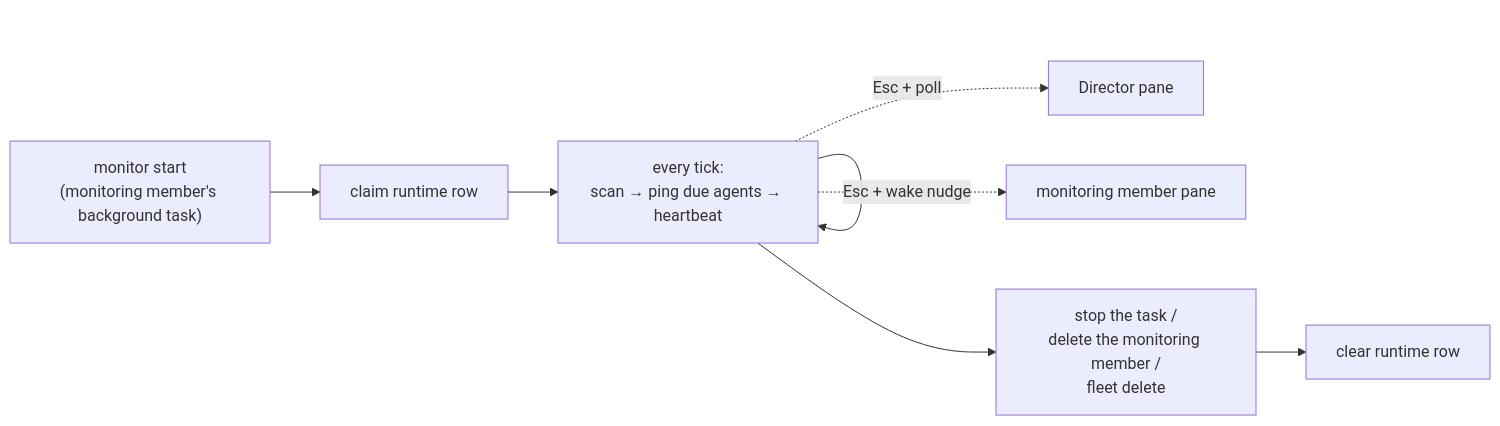
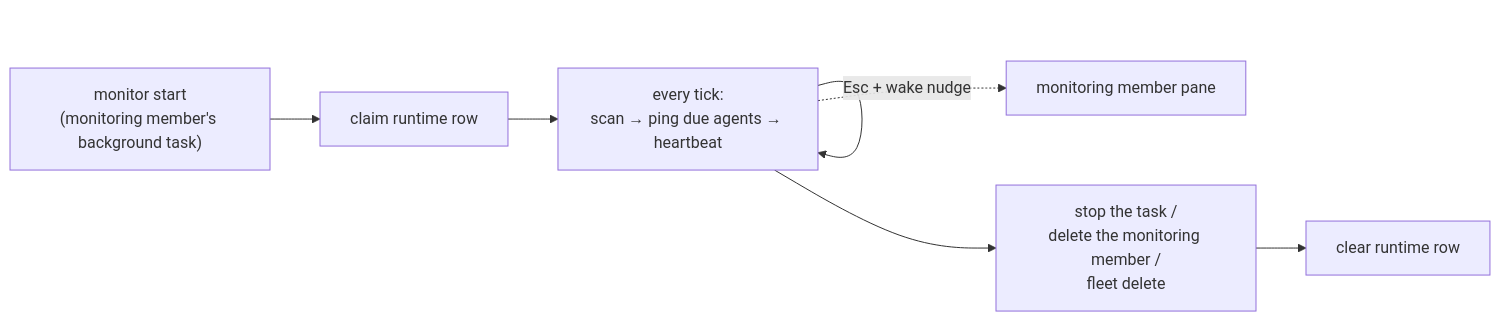
One commit to himkt/cafleet changed the diagram in docs/concepts/monitoring.md. Above: the diagram before and after it, drawn with Mermaid. The commit also changed other lines of this file and 26 other files, not shown here.

````diff
--- a/docs/concepts/monitoring.md
+++ b/docs/concepts/monitoring.md
@@ -163,11 +159,10 @@
 ```mermaid
 %%{init: {'theme': 'default', 'themeVariables': {'fontSize': '16px'}}}%%
 flowchart LR
     Start["monitor start<br/>(monitoring member's background task)"] --> Claim["claim runtime row"]
     Claim --> Tick["every tick:<br/>scan → ping due agents → heartbeat"]
     Tick --> Tick
     Tick --> Stop["stop the task /<br/>delete the monitoring member /<br/>fleet delete"]
     Stop --> Clear["clear runtime row"]
-    Tick -. Esc + poll .-> PaneD["Director pane"]
     Tick -. Esc + wake nudge .-> PaneMon["monitoring member pane"]
 ```
````
